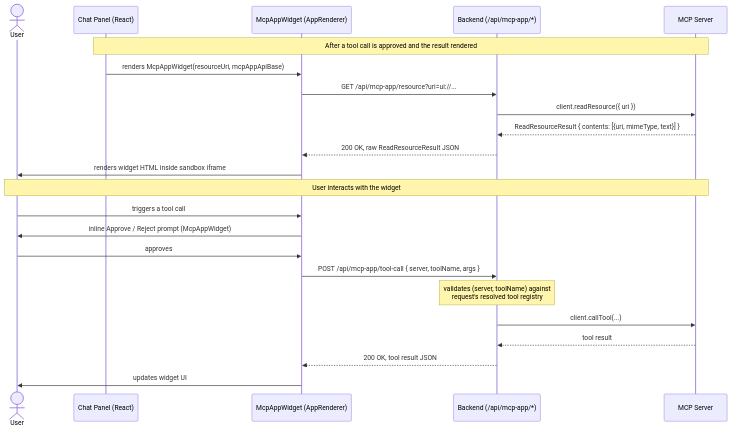
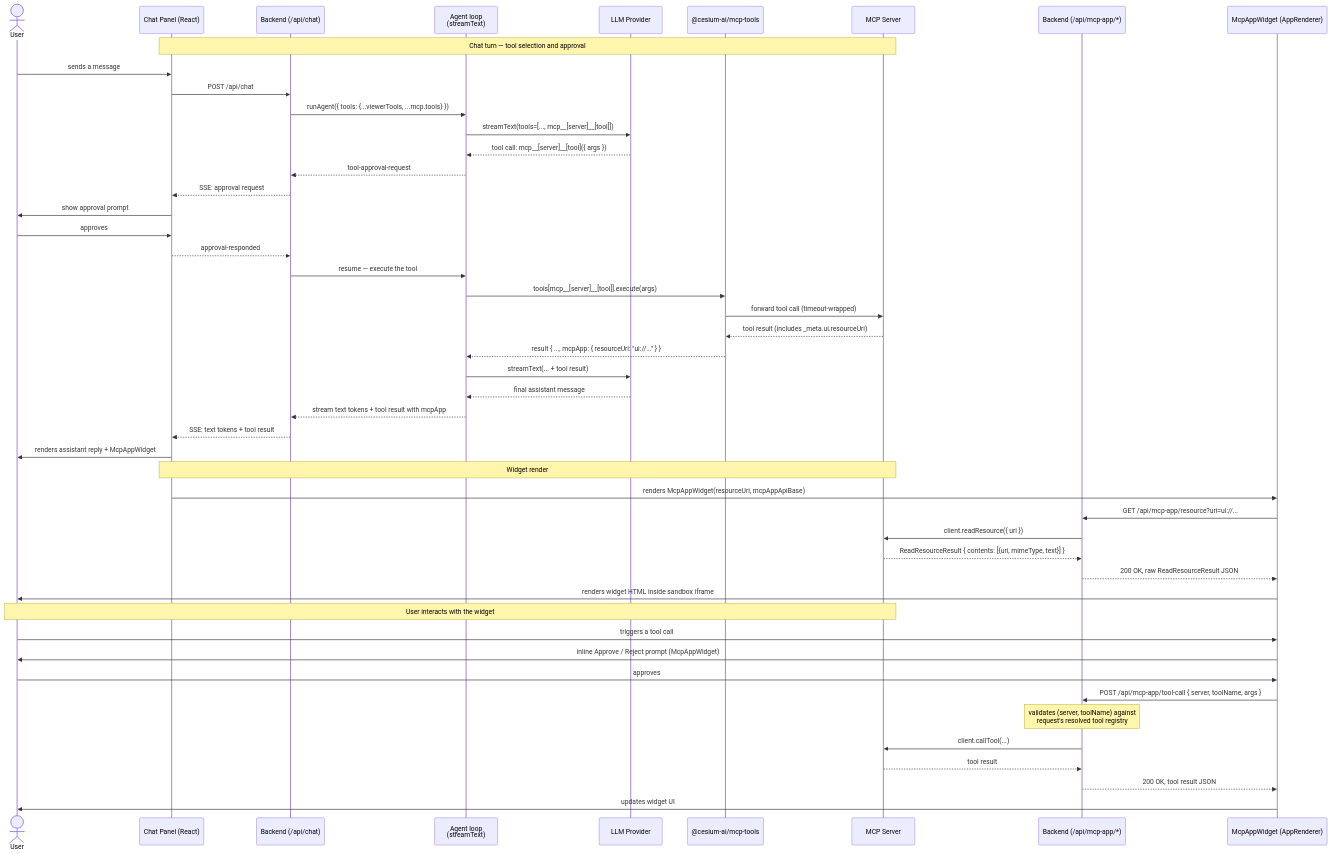
Before and after one commit to CesiumGS/cesiumjs-ai-starter-app: the second of 2 diagrams in docs/architectures/architecture-mcp-apps.md, drawn with Mermaid. The commit also changed other lines of this file and 2 other files, not shown here.

Commit message:
add additional fixes

````diff
--- a/docs/architectures/architecture-mcp-apps.md
+++ b/docs/architectures/architecture-mcp-apps.md
@@ -51,28 +51,54 @@
 ```mermaid
 %%{init: {"themeVariables": {"fontSize": "16px"}, "sequence": {"actorFontSize": 16, "messageFontSize": 15, "noteFontSize": 14, "actorMargin": 60, "boxMargin": 10, "diagramMarginX": 30, "diagramMarginY": 15}}}%%
 sequenceDiagram
     actor User
     participant ChatPanel as Chat Panel (React)
+    participant API as Backend (/api/chat)
+    participant Agent as Agent loop<br/>(streamText)
+    participant LLM as LLM Provider
+    participant McpTools as @cesium-ai/mcp-tools
+    participant MCP as MCP Server
+    participant AppRouter as Backend (/api/mcp-app/*)
     participant Widget as McpAppWidget (AppRenderer)
-    participant Backend as Backend (/api/mcp-app/*)
-    participant MCP as MCP Server
 
-    Note over ChatPanel,MCP: After a tool call is approved and the result rendered
+    Note over ChatPanel,MCP: Chat turn — tool selection and approval
+    User->>ChatPanel: sends a message
+    ChatPanel->>API: POST /api/chat
+    API->>Agent: runAgent({ tools: {...viewerTools, ...mcp.tools} })
+    Agent->>LLM: streamText(tools=[..., mcp__[server]__[tool]])
+    LLM-->>Agent: tool call: mcp__[server]__[tool]({ args })
+    Agent-->>API: tool-approval-request
+    API-->>ChatPanel: SSE: approval request
+    ChatPanel->>User: show approval prompt
+    User->>ChatPanel: approves
+    ChatPanel-->>API: approval-responded
+    API->>Agent: resume — execute the tool
+    Agent->>McpTools: tools[mcp__[server]__[tool]].execute(args)
+    McpTools->>MCP: forward tool call (timeout-wrapped)
+    MCP-->>McpTools: tool result (includes _meta.ui.resourceUri)
+    McpTools-->>Agent: result { ..., mcpApp: { resourceUri: "ui://..." } }
+    Agent->>LLM: streamText(... + tool result)
+    LLM-->>Agent: final assistant message
+    Agent-->>API: stream text tokens + tool result with mcpApp
+    API-->>ChatPanel: SSE: text tokens + tool result
+    ChatPanel->>User: renders assistant reply + McpAppWidget
+
+    Note over ChatPanel,MCP: Widget render
     ChatPanel->>Widget: renders McpAppWidget(resourceUri, mcpAppApiBase)
-    Widget->>Backend: GET /api/mcp-app/resource?uri=ui://...
-    Backend->>MCP: client.readResource({ uri })
-    MCP-->>Backend: ReadResourceResult { contents: [{uri, mimeType, text}] }
-    Backend-->>Widget: 200 OK, raw ReadResourceResult JSON
+    Widget->>AppRouter: GET /api/mcp-app/resource?uri=ui://...
+    AppRouter->>MCP: client.readResource({ uri })
+    MCP-->>AppRouter: ReadResourceResult { contents: [{uri, mimeType, text}] }
+    AppRouter-->>Widget: 200 OK, raw ReadResourceResult JSON
     Widget->>User: renders widget HTML inside sandbox iframe
 
     Note over User,MCP: User interacts with the widget
     User->>Widget: triggers a tool call
     Widget->>User: inline Approve / Reject prompt (McpAppWidget)
     User->>Widget: approves
-    Widget->>Backend: POST /api/mcp-app/tool-call { server, toolName, args }
-    Note over Backend: validates (server, toolName) against<br/>request's resolved tool registry
-    Backend->>MCP: client.callTool(...)
-    MCP-->>Backend: tool result
-    Backend-->>Widget: 200 OK, tool result JSON
+    Widget->>AppRouter: POST /api/mcp-app/tool-call { server, toolName, args }
+    Note over AppRouter: validates (server, toolName) against<br/>request's resolved tool registry
+    AppRouter->>MCP: client.callTool(...)
+    MCP-->>AppRouter: tool result
+    AppRouter-->>Widget: 200 OK, tool result JSON
     Widget->>User: updates widget UI
 ```
````
